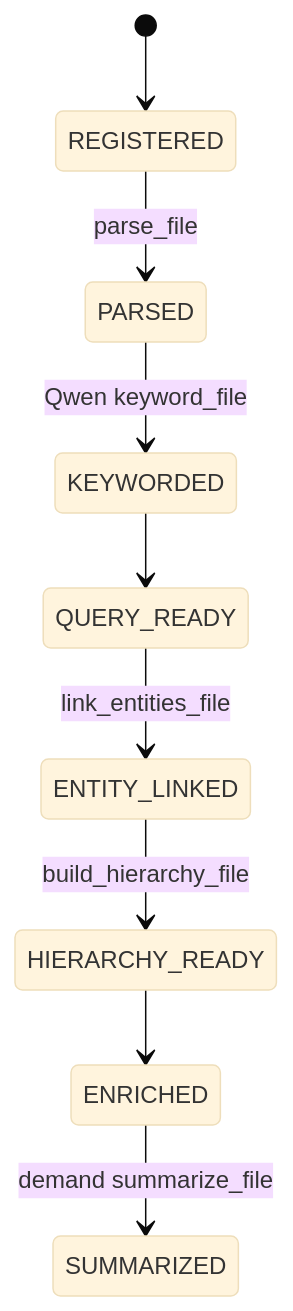
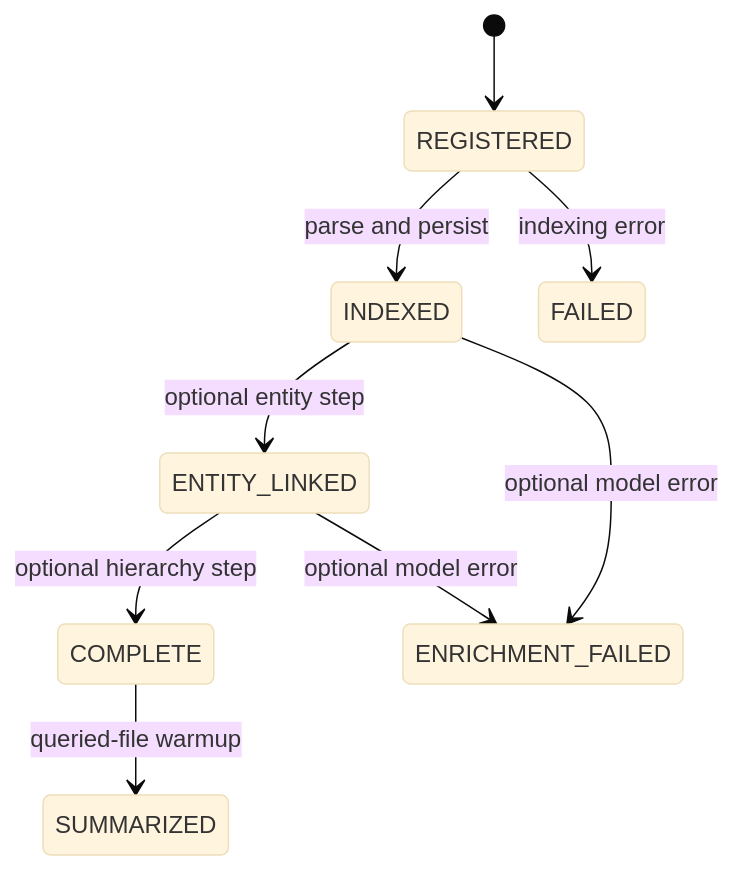
One commit to yafitzdev/fitz changed the fourth of 4 diagrams in docs/RETRIEVAL_PIPELINE.md. Above: the diagram before and after it, drawn with Mermaid (base theme). The commit also changed other lines of this file and 446 other files, not shown here.

````diff
--- a/docs/RETRIEVAL_PIPELINE.md
+++ b/docs/RETRIEVAL_PIPELINE.md
@@ -149,11 +147,11 @@
 ```mermaid
 stateDiagram-v2
     [*] --> REGISTERED
-    REGISTERED --> PARSED: parse_file
-    PARSED --> KEYWORDED: Qwen keyword_file
-    KEYWORDED --> QUERY_READY
-    QUERY_READY --> ENTITY_LINKED: link_entities_file
-    ENTITY_LINKED --> HIERARCHY_READY: build_hierarchy_file
-    HIERARCHY_READY --> ENRICHED
-    ENRICHED --> SUMMARIZED: demand summarize_file
+    REGISTERED --> INDEXED: parse and persist
+    REGISTERED --> FAILED: indexing error
+    INDEXED --> ENTITY_LINKED: optional entity step
+    ENTITY_LINKED --> COMPLETE: optional hierarchy step
+    COMPLETE --> SUMMARIZED: queried-file warmup
+    INDEXED --> ENRICHMENT_FAILED: optional model error
+    ENTITY_LINKED --> ENRICHMENT_FAILED: optional model error
 ```
````
